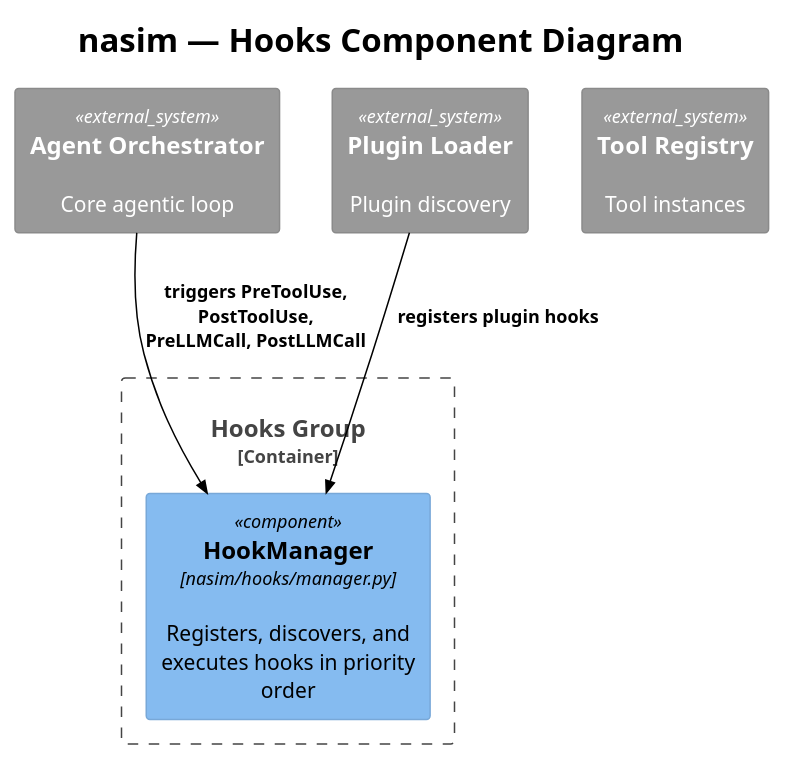
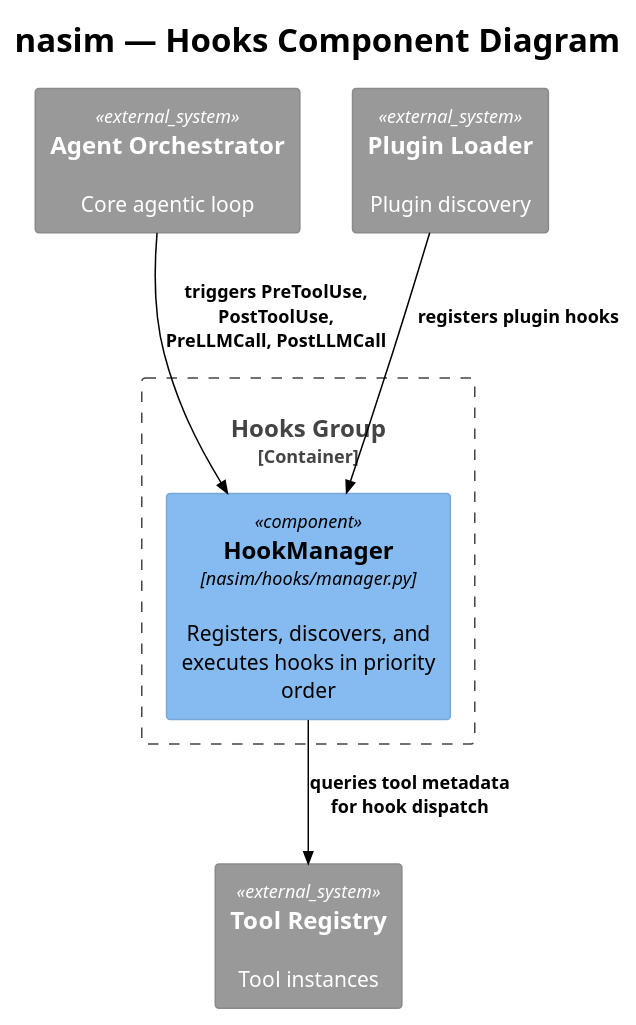
The diagram in docs/C4/c4_nasim_component_hooks.puml (salimnamvar/nasim), drawn with PlantUML before and after one commit. The commit also changed 4 other files, not shown here.

Commit message:
docs: Enhance component diagrams with additional relationships and metrics tracking

```diff
--- a/docs/C4/c4_nasim_component_hooks.puml
+++ b/docs/C4/c4_nasim_component_hooks.puml
@@ -1,29 +1,30 @@
 @startuml c4_nasim_component_hooks
 !include https://raw.githubusercontent.com/plantuml-stdlib/C4-PlantUML/v2.10.0/C4_Component.puml
 !theme plain
 
 
 ' ============================================================
 ' Title:     nasim — Hooks Component Diagram
 ' Boundary:  nasim core library — Hooks group
 ' Purpose:   Pre/post hooks for tool use and LLM calls
 ' Milestone: v1.0
 ' Version:   6.0.0
 ' Source:    docs/prompt/p1.md — corrective architecture review
 ' Review:    docs/audit/audit.2026.06.20.comprehensive.reference.audit.md
 ' ============================================================
 
 title nasim — Hooks Component Diagram
 
 Container_Boundary(hooks_boundary, "Hooks Group") {
     Component(hook_manager, "HookManager", "nasim/hooks/manager.py", "Registers, discovers, and executes hooks in priority order")
 }
 
 System_Ext(agent_orch, "Agent Orchestrator", "Core agentic loop")
 System_Ext(tool_registry, "Tool Registry", "Tool instances")
 System_Ext(plugin_loader, "Plugin Loader", "Plugin discovery")
 
 Rel(agent_orch, hook_manager, "triggers PreToolUse, PostToolUse, PreLLMCall, PostLLMCall")
 Rel(plugin_loader, hook_manager, "registers plugin hooks")
+Rel(hook_manager, tool_registry, "queries tool metadata for hook dispatch")
 
 @enduml
```
